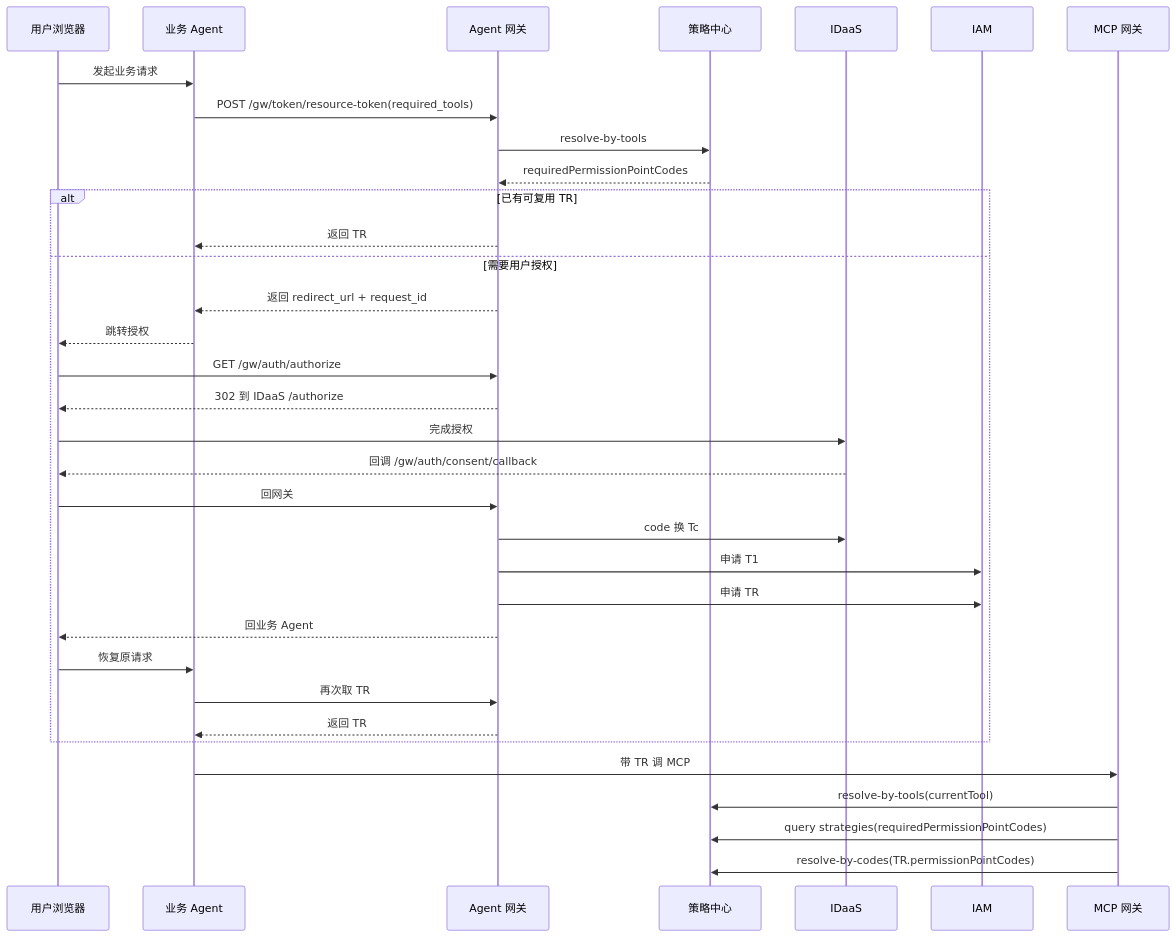
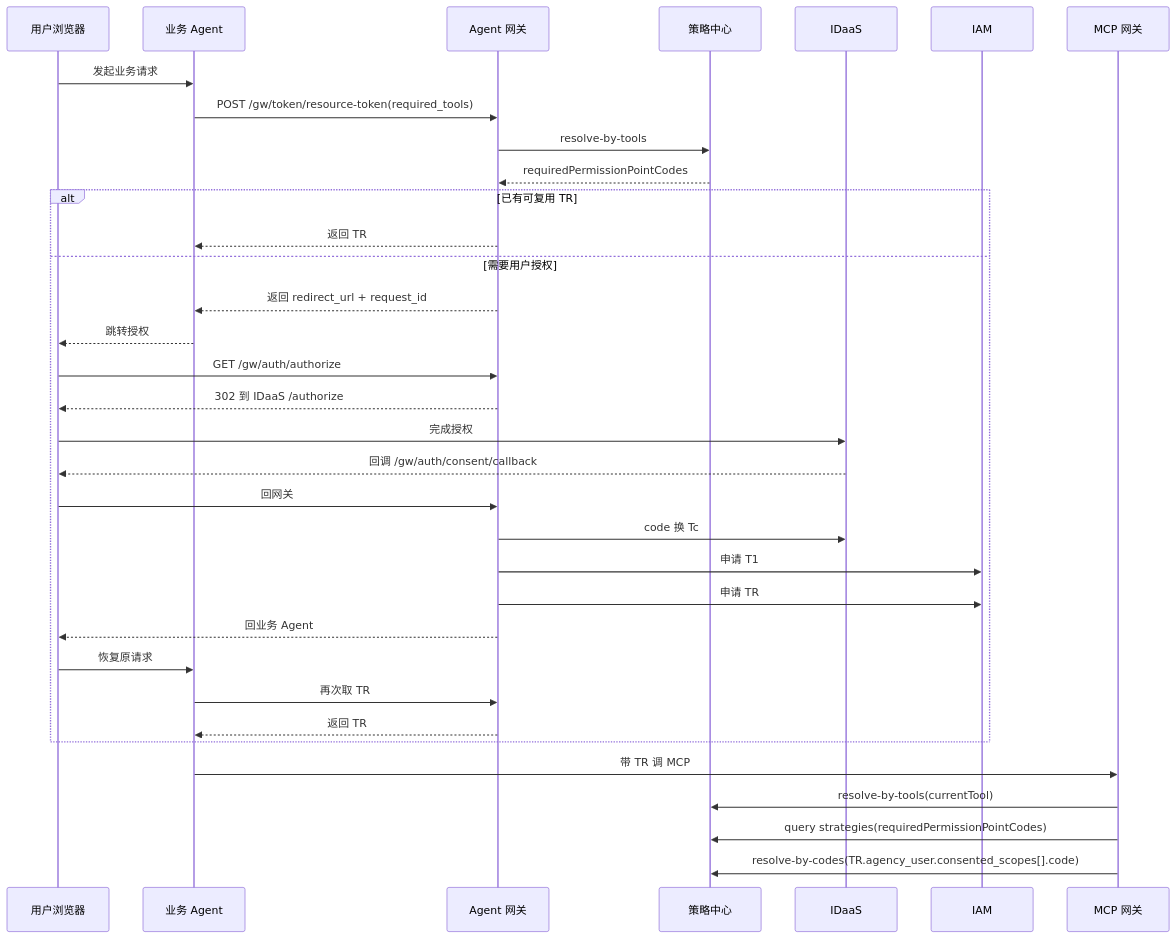
One commit to xuning117634-ux/auth-design-spec changed the second of 2 diagrams in docs/final_design/quick_read/02_主流程速记.md. Above: the diagram before and after it, drawn with Mermaid. The commit also changed other lines of this file and 32 other files, not shown here.

````diff
--- a/docs/final_design/quick_read/02_主流程速记.md
+++ b/docs/final_design/quick_read/02_主流程速记.md
@@ -28,39 +28,39 @@
 ```mermaid
 sequenceDiagram
     participant 用户 as 用户浏览器
     participant Agent as 业务 Agent
     participant GW as Agent 网关
     participant PC as 策略中心
     participant IDaaS as IDaaS
     participant IAM as IAM
     participant MCP as MCP 网关
 
     用户->>Agent: 发起业务请求
     Agent->>GW: POST /gw/token/resource-token(required_tools)
     GW->>PC: resolve-by-tools
     PC-->>GW: requiredPermissionPointCodes
 
     alt 已有可复用 TR
         GW-->>Agent: 返回 TR
     else 需要用户授权
         GW-->>Agent: 返回 redirect_url + request_id
         Agent-->>用户: 跳转授权
         用户->>GW: GET /gw/auth/authorize
         GW-->>用户: 302 到 IDaaS /authorize
         用户->>IDaaS: 完成授权
         IDaaS-->>用户: 回调 /gw/auth/consent/callback
         用户->>GW: 回网关
         GW->>IDaaS: code 换 Tc
         GW->>IAM: 申请 T1
         GW->>IAM: 申请 TR
         GW-->>用户: 回业务 Agent
         用户->>Agent: 恢复原请求
         Agent->>GW: 再次取 TR
         GW-->>Agent: 返回 TR
     end
 
     Agent->>MCP: 带 TR 调 MCP
     MCP->>PC: resolve-by-tools(currentTool)
     MCP->>PC: query strategies(requiredPermissionPointCodes)
-    MCP->>PC: resolve-by-codes(TR.permissionPointCodes)
+    MCP->>PC: resolve-by-codes(TR.agency_user.consented_scopes[].code)
 ```
````
